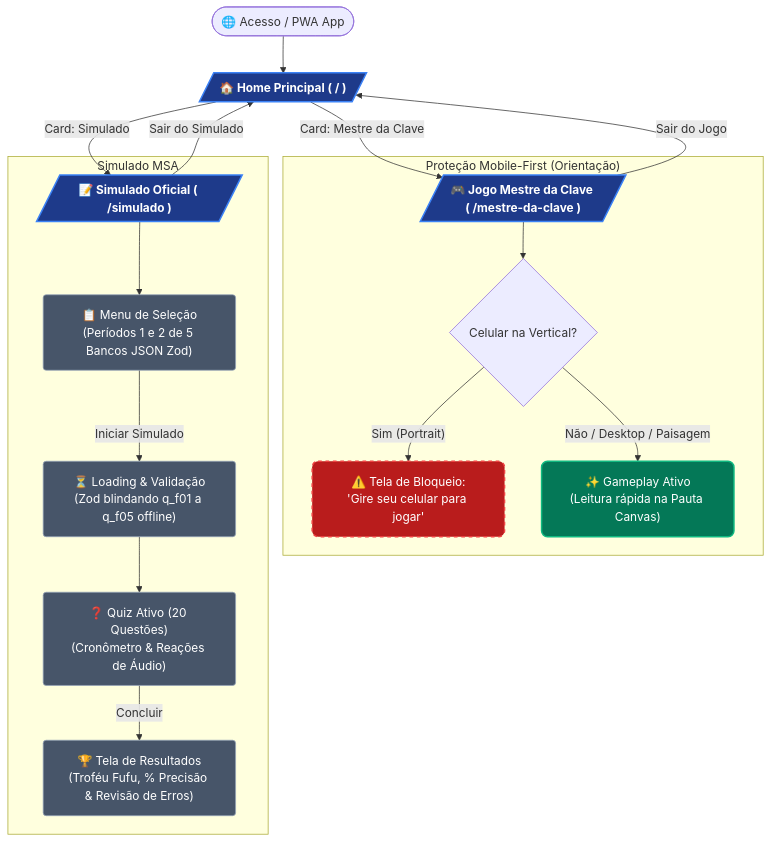
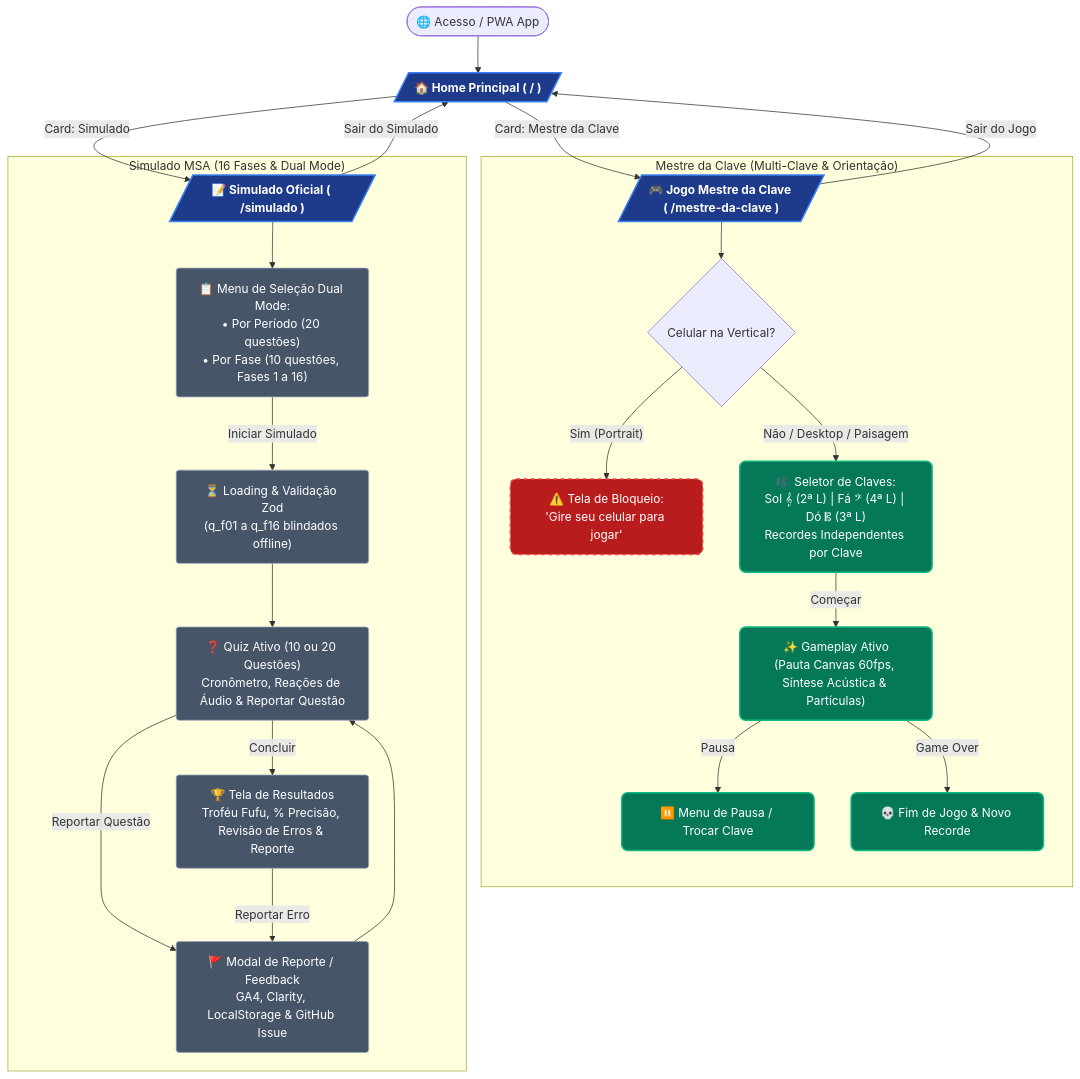
Before and after one commit to issacarbarbosa/issa-academy: the diagram in FLUXO_USUARIO.md, drawn with Mermaid. The commit also changed other lines of this file and 36 other files, not shown here.

First line of the commit message:
feat: implement multi-clef SMuFL vectors, dual-mode simulado and sheets feedback webhook

````diff
--- a/FLUXO_USUARIO.md
+++ b/FLUXO_USUARIO.md
@@ -9,39 +9,45 @@
 ```mermaid
 graph TD
     %% Estilos e Cores (Tailwind Palette)
     classDef route fill:#1e3a8a,stroke:#3b82f6,stroke-width:2px,color:#ffffff,font-weight:bold,rx:8px;
     classDef modal fill:#047857,stroke:#10b981,stroke-width:2px,color:#ffffff,rx:8px;
     classDef guard fill:#b91c1c,stroke:#ef4444,stroke-width:2px,color:#ffffff,stroke-dasharray: 5 5,rx:8px;
     classDef state fill:#475569,stroke:#94a3b8,stroke-width:1px,color:#ffffff,rx:4px;
 
     %% Acesso Inicial
     A([🌐 Acesso / PWA App]) --> B[/"🏠 Home Principal ( / )"/]
     class B route;
 
     %% Navegação por Cards na Home
     B -- "Card: Mestre da Clave" --> D[/"🎮 Jogo Mestre da Clave ( /mestre-da-clave )"/]
     B -- "Card: Simulado" --> E[/"📝 Simulado Oficial ( /simulado )"/]
     class D,E route;
 
-    %% SUB-FLUXO: JOGO MESTRE DA CLAVE (Com Guarda de Orientação)
-    subgraph S1 ["Proteção Mobile-First (Orientação)"]
+    %% SUB-FLUXO: JOGO MESTRE DA CLAVE (Com Guarda de Orientação e Multi-Clave)
+    subgraph S1 ["Mestre da Clave (Multi-Clave & Orientação)"]
         D --> G{Celular na Vertical?}
         G -- "Sim (Portrait)" --> G1["⚠️ Tela de Bloqueio:<br>'Gire seu celular para jogar'"]
         class G1 guard;
-        G -- "Não / Desktop / Paisagem" --> G2["✨ Gameplay Ativo<br>(Leitura rápida na Pauta Canvas)"]
-        class G2 modal;
+        G -- "Não / Desktop / Paisagem" --> G2["🎼 Seletor de Claves:<br>Sol 𝄞 (2ª L) | Fá 𝄢 (4ª L) | Dó 𝄡 (3ª L)<br>Recordes Independentes por Clave"]
+        G2 -- "Começar" --> G3["✨ Gameplay Ativo<br>(Pauta Canvas 60fps, Síntese Acústica & Partículas)"]
+        G3 -- "Pausa" --> G4["⏸️ Menu de Pausa / Trocar Clave"]
+        G3 -- "Game Over" --> G5["💀 Fim de Jogo & Novo Recorde"]
+        class G2,G3,G4,G5 modal;
     end
 
-    %% SUB-FLUXO: SIMULADO MSA (Máquina de Estados)
-    subgraph S2 ["Simulado MSA"]
-        E --> H1["📋 Menu de Seleção<br>(Períodos 1 e 2 de 5 Bancos JSON Zod)"]
-        H1 -- "Iniciar Simulado" --> H2["⏳ Loading & Validação<br>(Zod blindando q_f01 a q_f05 offline)"]
-        H2 --> H3["❓ Quiz Ativo (20 Questões)<br>(Cronômetro & Reações de Áudio)"]
-        H3 -- "Concluir" --> H4["🏆 Tela de Resultados<br>(Troféu Fufu, % Precisão & Revisão de Erros)"]
+    %% SUB-FLUXO: SIMULADO MSA (Dual Mode & Feedback)
+    subgraph S2 ["Simulado MSA (16 Fases & Dual Mode)"]
+        E --> H1["📋 Menu de Seleção Dual Mode:<br>• Por Período (20 questões)<br>• Por Fase (10 questões, Fases 1 a 16)"]
+        H1 -- "Iniciar Simulado" --> H2["⏳ Loading & Validação Zod<br>(q_f01 a q_f16 blindados offline)"]
+        H2 --> H3["❓ Quiz Ativo (10 ou 20 Questões)<br>Cronômetro, Reações de Áudio & Reportar Questão"]
+        H3 -- "Reportar Questão" --> H_MODAL["🚩 Modal de Reporte / Feedback<br>GA4, Clarity, LocalStorage & GitHub Issue"]
+        H_MODAL --> H3
+        H3 -- "Concluir" --> H4["🏆 Tela de Resultados<br>Troféu Fufu, % Precisão, Revisão de Erros & Reporte"]
+        H4 -- "Reportar Erro" --> H_MODAL
     end
-    class H1,H2,H3,H4 state;
+    class H1,H2,H3,H4,H_MODAL state;
 
     %% Botões de Retorno
     D -- "Sair do Jogo" --> B
     E -- "Sair do Simulado" --> B
 ```
````
